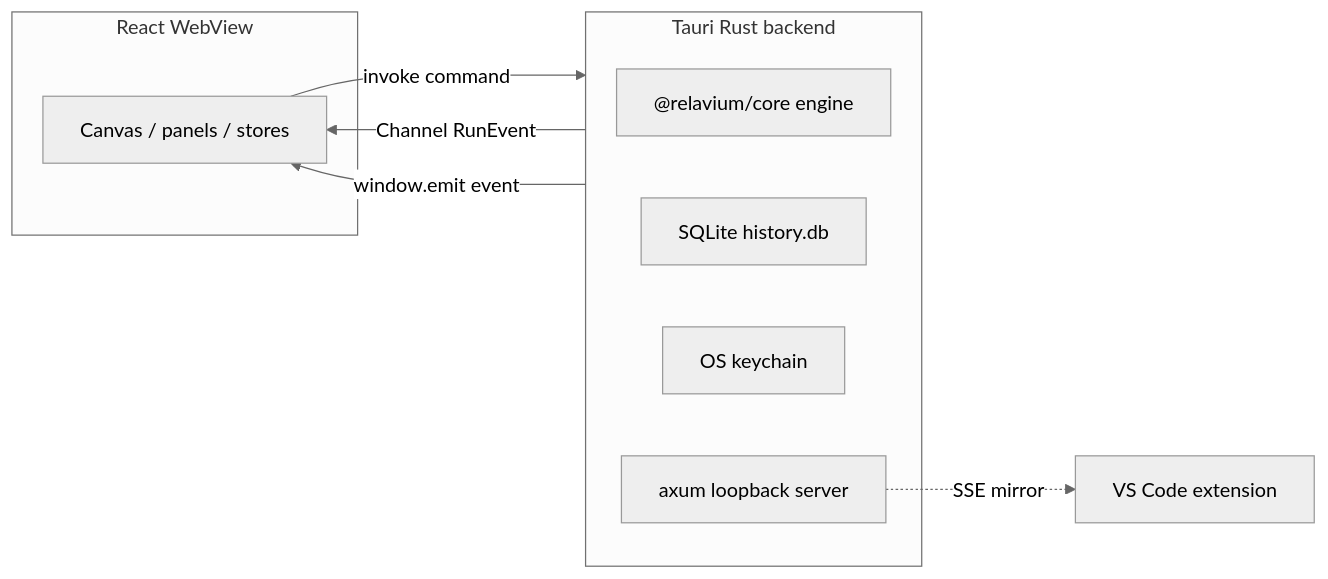
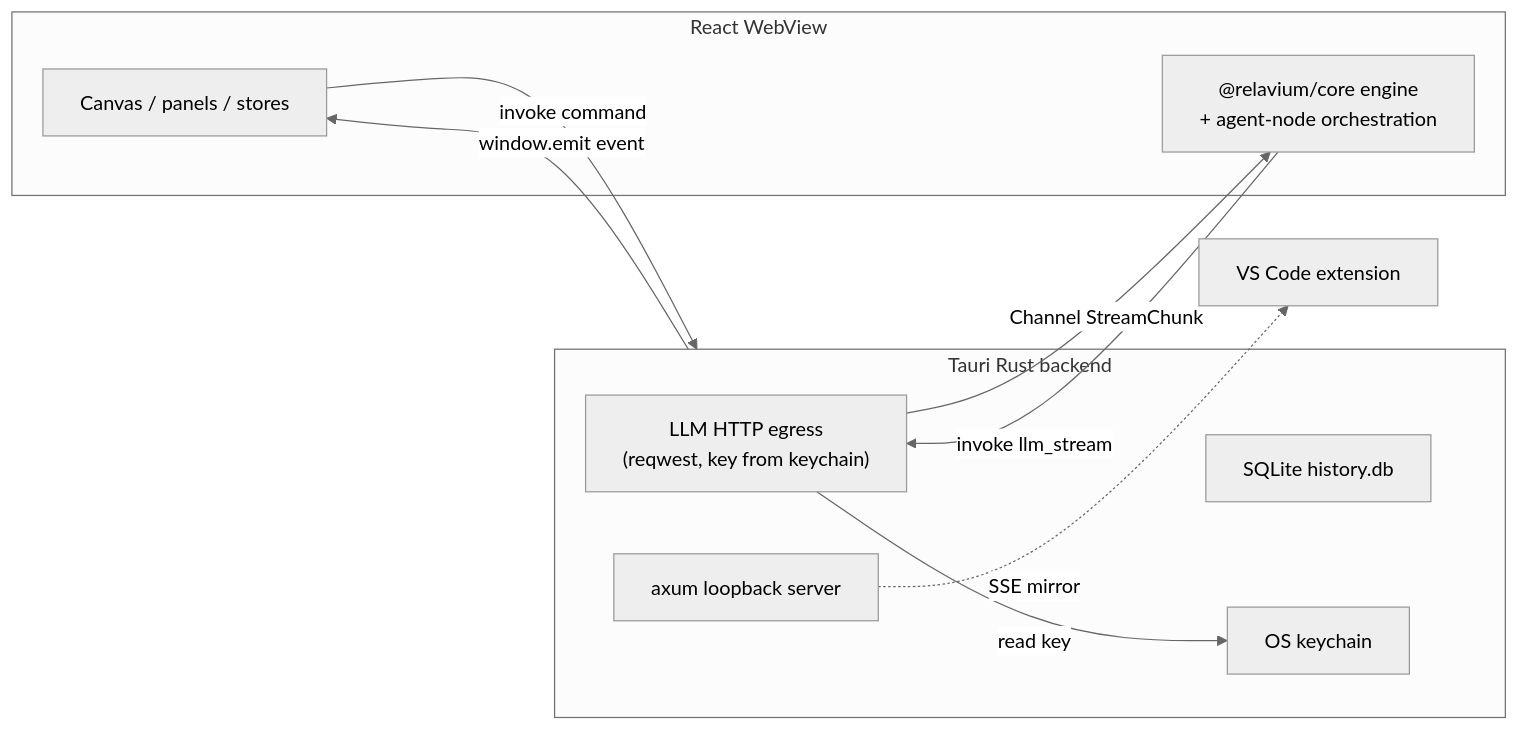
The diagram in docs/reference/contracts/ipc-contract.md (HodeTech/Relavium), drawn with Mermaid (neutral theme) before and after one commit. The commit also changed other lines of this file and 46 other files, not shown here.

````diff
--- a/docs/reference/contracts/ipc-contract.md
+++ b/docs/reference/contracts/ipc-contract.md
@@ -9,16 +9,19 @@
 ```mermaid
 flowchart LR
   subgraph WebView["React WebView"]
     UI[Canvas / panels / stores]
+    ENG["@relavium/core engine<br/>+ agent-node orchestration"]
   end
   subgraph Rust["Tauri Rust backend"]
-    ENG["@relavium/core engine"]
+    EGRESS["LLM HTTP egress<br/>(reqwest, key from keychain)"]
     SQL[SQLite history.db]
     KC[OS keychain]
     HTTP[axum loopback server]
   end
   UI -->|invoke command| Rust
-  Rust -->|Channel RunEvent| UI
+  ENG -->|invoke llm_stream| EGRESS
+  EGRESS -->|read key| KC
+  EGRESS -->|Channel StreamChunk| ENG
   Rust -->|window.emit event| UI
   HTTP -. SSE mirror .-> VSC[VS Code extension]
 ```
````
